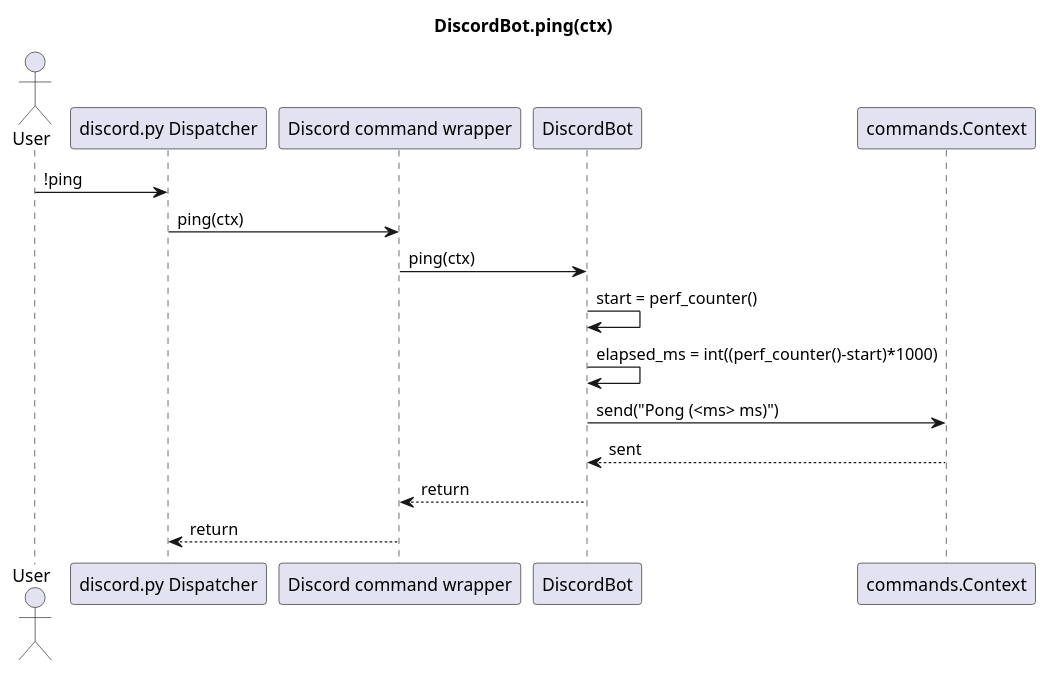
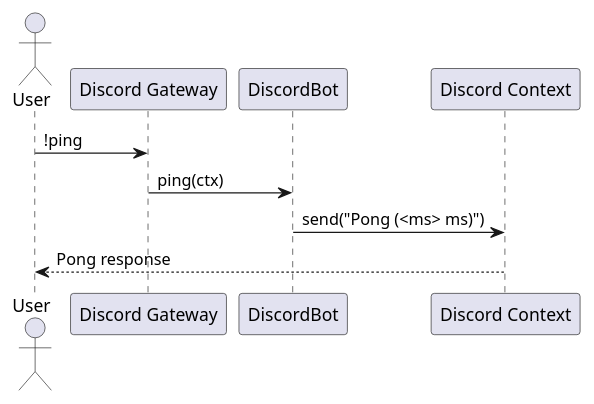
Before and after one commit to fazleskhan/elite_dangerous_discord_tools: the first of 6 diagrams in docs/discord_bot_sequences.puml, drawn with PlantUML. The commit also changed other lines of this file and 13 other files, not shown here.

Commit message:
updated discord_bot.py command sequence diagrams

```diff
--- a/docs/discord_bot_sequences.puml
+++ b/docs/discord_bot_sequences.puml
@@ -1,19 +1,11 @@
-@startuml Ping Sequence Diagram
-title DiscordBot.ping(ctx)
+@startuml discord_bot_ping
+actor User
+participant "Discord Gateway" as Discord
+participant "DiscordBot" as Bot
+participant "Discord Context" as Ctx
 
-actor User
-participant "discord.py Dispatcher" as Dispatcher
-participant "Discord command wrapper" as Command
-participant "DiscordBot" as Bot
-participant "commands.Context" as Ctx
-
-User -> Dispatcher: !ping
-Dispatcher -> Command: ping(ctx)
-Command -> Bot: ping(ctx)
-Bot -> Bot: start = perf_counter()
-Bot -> Bot: elapsed_ms = int((perf_counter()-start)*1000)
-Bot -> Ctx: send("Pong (<ms> ms)")
-Ctx --> Bot: sent
-Bot --> Command: return
-Command --> Dispatcher: return
+User -> Discord : !ping
+Discord -> Bot : ping(ctx)
+Bot -> Ctx : send("Pong (<ms> ms)")
+Ctx --> User : Pong response
 @enduml
```
